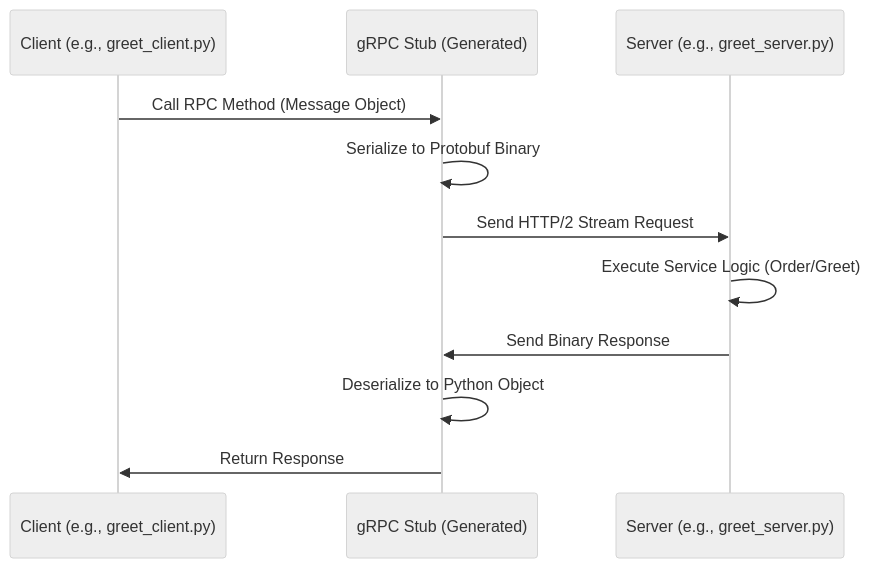
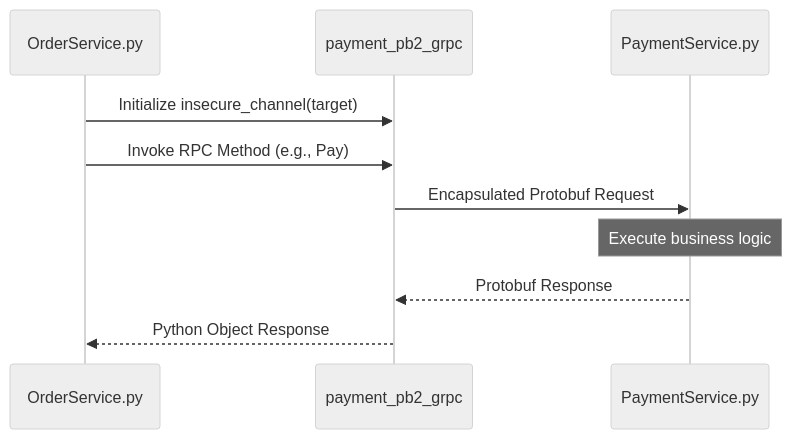
One commit to YusuffBulbul/GRPC_calisma changed the second of 2 diagrams in README_ARCH.md. Above: the diagram before and after it, drawn with Mermaid (neutral theme). The commit also changed other lines of this file, not shown here.

````diff
--- a/README_ARCH.md
+++ b/README_ARCH.md
@@ -65,15 +67,14 @@
 ```mermaid
 sequenceDiagram
-    participant C as Client (e.g., greet_client.py)
-    participant S as gRPC Stub (Generated)
-    participant SRV as Server (e.g., greet_server.py)
+    participant Client as OrderService.py
+    participant Stub as payment_pb2_grpc
+    participant Server as PaymentService.py
 
-    C->>S: Call RPC Method (Message Object)
-    S->>S: Serialize to Protobuf Binary
-    S->>SRV: Send HTTP/2 Stream Request
-    SRV->>SRV: Execute Service Logic (Order/Greet)
-    SRV->>S: Send Binary Response
-    S->>S: Deserialize to Python Object
-    S->>C: Return Response
+    Client->>Stub: Initialize insecure_channel(target)
+    Client->>Stub: Invoke RPC Method (e.g., Pay)
+    Stub->>Server: Encapsulated Protobuf Request
+    Note over Server: Execute business logic
+    Server-->>Stub: Protobuf Response
+    Stub-->>Client: Python Object Response
 
 ```
````
